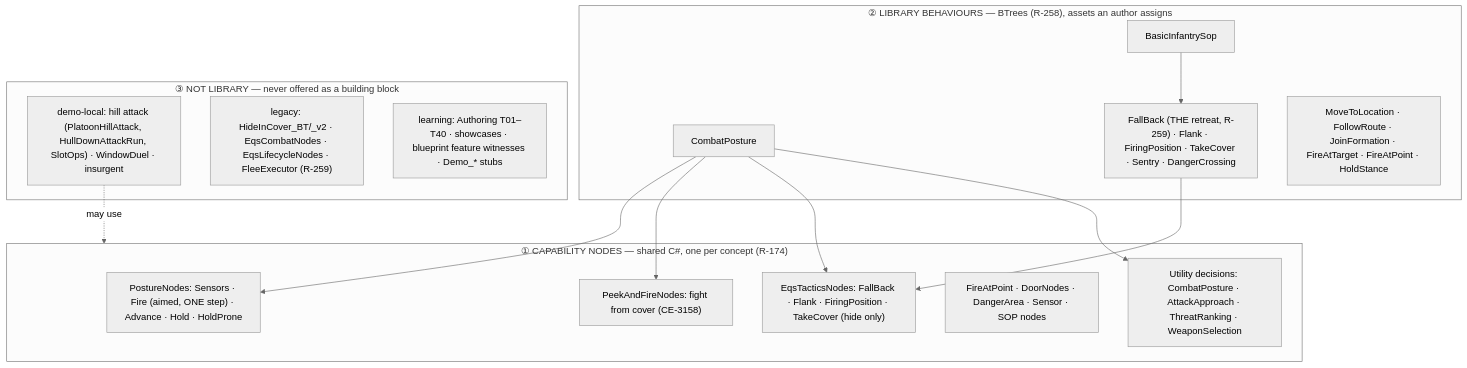
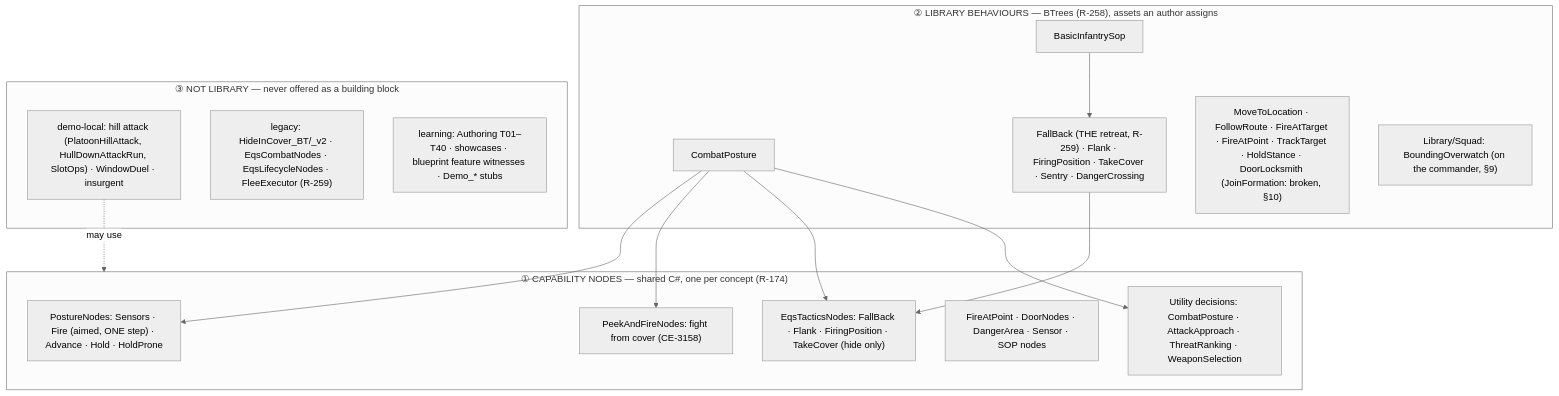
Before and after one commit to pjanec/HROT: the seventh of 10 diagrams in docs/OVERVIEW_Behaviour_Building_Blocks.md, drawn with Mermaid (neutral theme). The commit also changed other lines of this file and 5 other files, not shown here.

````diff
--- a/docs/OVERVIEW_Behaviour_Building_Blocks.md
+++ b/docs/OVERVIEW_Behaviour_Building_Blocks.md
@@ -217,28 +230,29 @@
 ```mermaid
 graph TD
   subgraph L1["① CAPABILITY NODES — shared C#, one per concept (R-174)"]
     PS["PostureNodes: Sensors · Fire (aimed, ONE step) · Advance · Hold · HoldProne"]
     PF["PeekAndFireNodes: fight from cover (CE-3158)"]
     ET["EqsTacticsNodes: FallBack · Flank · FiringPosition · TakeCover (hide only)"]
     FP["FireAtPoint · DoorNodes · DangerArea · Sensor · SOP nodes"]
     UT["Utility decisions: CombatPosture · AttackApproach · ThreatRanking · WeaponSelection"]
   end
   subgraph L2["② LIBRARY BEHAVIOURS — BTrees (R-258), assets an author assigns"]
     CP["CombatPosture"]
     TK["FallBack (THE retreat, R-259) · Flank · FiringPosition · TakeCover · Sentry · DangerCrossing"]
     SOP["BasicInfantrySop"]
-    ORD["MoveToLocation · FollowRoute · JoinFormation · FireAtTarget · FireAtPoint · HoldStance"]
+    ORD["MoveToLocation · FollowRoute · FireAtTarget · FireAtPoint · TrackTarget · HoldStance · DoorLocksmith (JoinFormation: broken, §10)"]
+    SQ["Library/Squad: BoundingOverwatch (on the commander, §9)"]
   end
   subgraph L3["③ NOT LIBRARY — never offered as a building block"]
     DM["demo-local: hill attack (PlatoonHillAttack, HullDownAttackRun, SlotOps) · WindowDuel · insurgent"]
     LG["legacy: HideInCover_BT/_v2 · EqsCombatNodes · EqsLifecycleNodes · FleeExecutor (R-259)"]
     LR["learning: Authoring T01–T40 · showcases · blueprint feature witnesses · Demo_* stubs"]
   end
   CP --> PS
   CP --> PF
   CP --> ET
   CP --> UT
   TK --> ET
   SOP --> TK
   DM -.->|may use| L1
 ```
````
